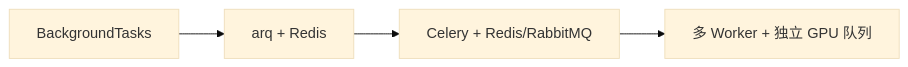
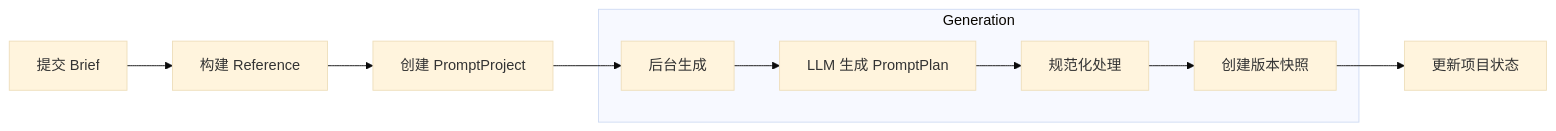
Before and after one commit to MrWXF/video-reverse-studio: the second of 2 diagrams in docs/02-architecture.md, drawn with Mermaid (base theme). The commit also changed other lines of this file and 37 other files, not shown here.

````diff
--- a/docs/02-architecture.md
+++ b/docs/02-architecture.md
@@ -198,6 +350,14 @@
 ```mermaid
 flowchart LR
-    A[BackgroundTasks] --> B[arq + Redis]
-    B --> C[Celery + Redis/RabbitMQ]
-    C --> D[多 Worker + 独立 GPU 队列]
+    A[提交 Brief] --> B[构建 Reference]
+    B --> C[创建 PromptProject]
+    C --> D[后台生成]
+    
+    subgraph Generation
+        D --> E[LLM 生成 PromptPlan]
+        E --> F[规范化处理]
+        F --> G[创建版本快照]
+    end
+    
+    G --> H[更新项目状态]
 ```
````
